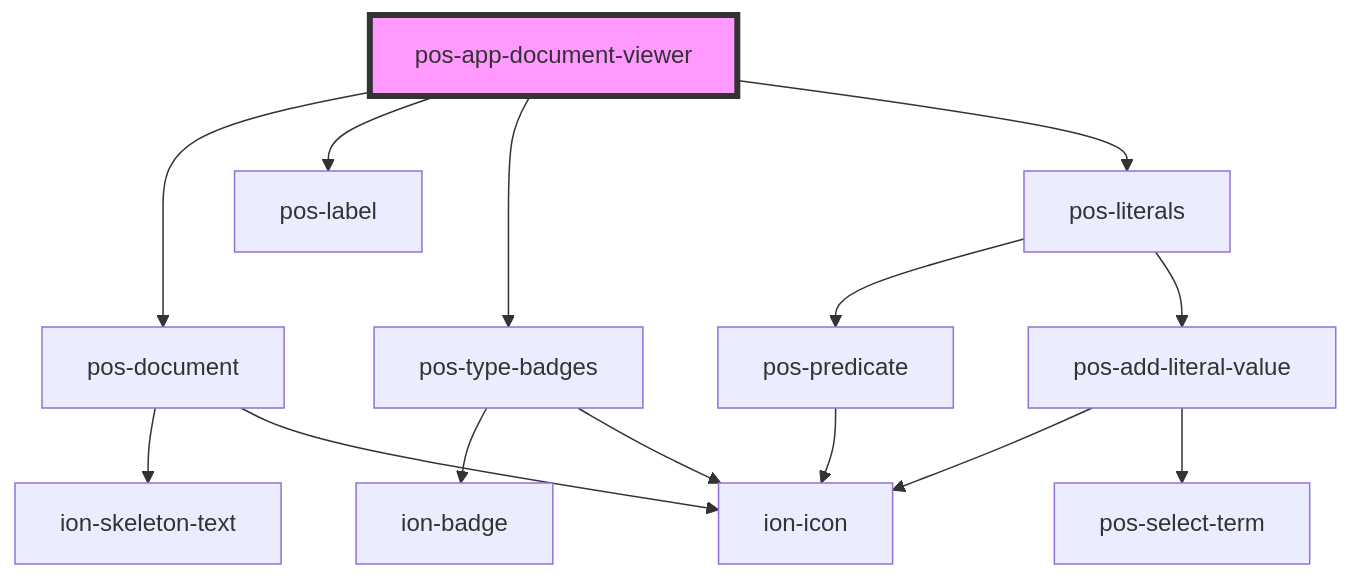
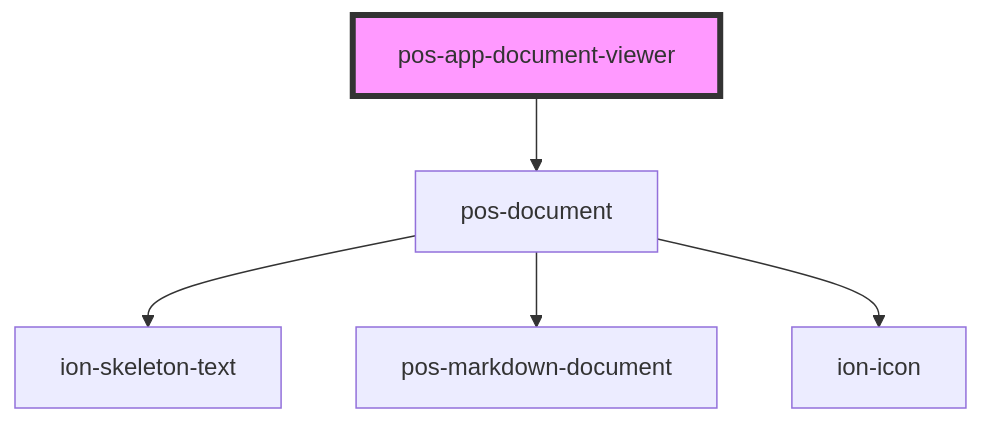
One commit to pod-os/PodOS changed the diagram in docs/elements/apps/pos-app-document-viewer/readme.md. Above: the diagram before and after it, drawn with Mermaid. The commit also changed other lines of this file and 6 other files, not shown here.

````diff
--- a/docs/elements/apps/pos-app-document-viewer/readme.md
+++ b/docs/elements/apps/pos-app-document-viewer/readme.md
@@ -25,17 +22,8 @@
 ```mermaid
 graph TD;
   pos-app-document-viewer --> pos-document
-  pos-app-document-viewer --> pos-label
-  pos-app-document-viewer --> pos-type-badges
-  pos-app-document-viewer --> pos-literals
   pos-document --> ion-skeleton-text
+  pos-document --> pos-markdown-document
   pos-document --> ion-icon
-  pos-type-badges --> ion-badge
-  pos-type-badges --> ion-icon
-  pos-literals --> pos-predicate
-  pos-literals --> pos-add-literal-value
-  pos-predicate --> ion-icon
-  pos-add-literal-value --> ion-icon
-  pos-add-literal-value --> pos-select-term
   style pos-app-document-viewer fill:#f9f,stroke:#333,stroke-width:4px
 ```
````
